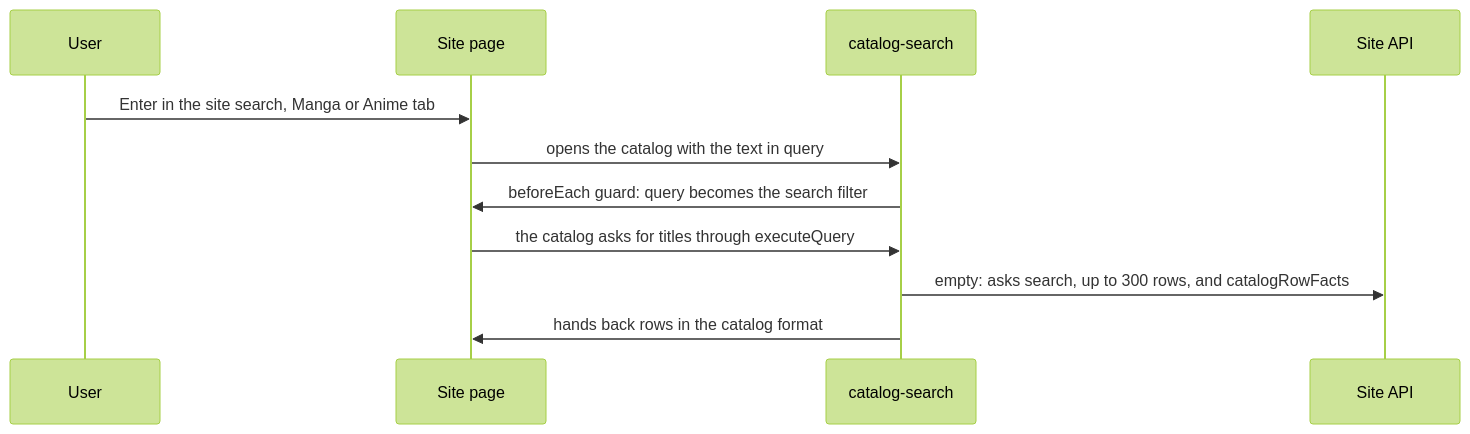
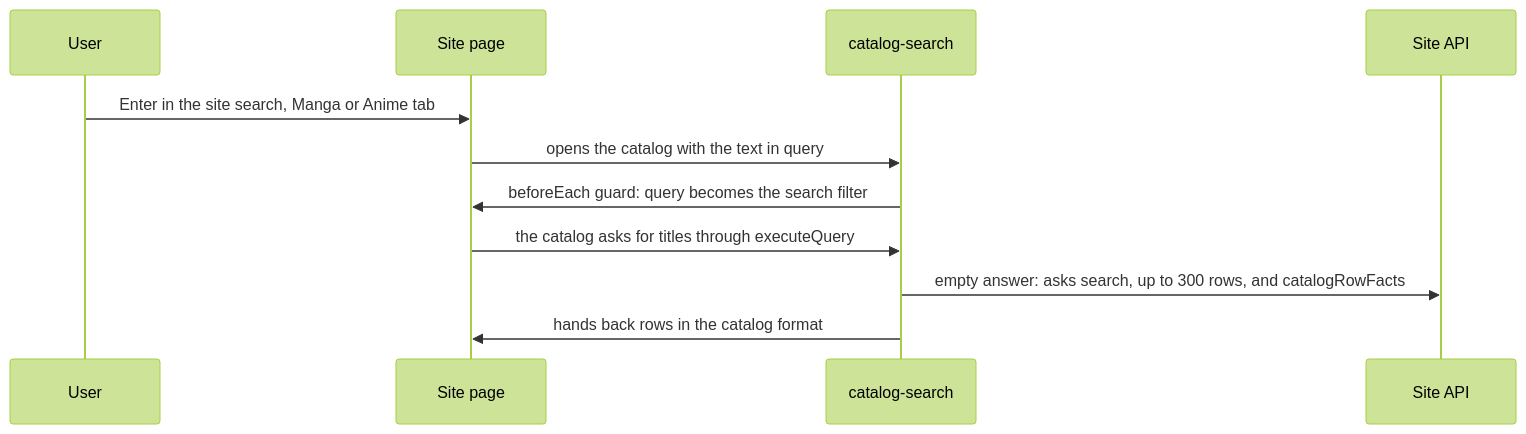
One commit to Antawq/senkuro-tools changed the sixth of 8 diagrams in docs/architecture.md. Above: the diagram before and after it, drawn with Mermaid (forest theme). The commit also changed other lines of this file and 1 other file, not shown here.

Commit message:
chore: tighten the wording of the architecture pages

````diff
--- a/docs/architecture.md
+++ b/docs/architecture.md
@@ -101,13 +101,13 @@
 ```mermaid
 sequenceDiagram
   participant U as User
   participant S as Site page
   participant H as catalog-search
   participant A as Site API
   U->>S: Enter in the site search, Manga or Anime tab
   S->>H: opens the catalog with the text in query
   H->>S: beforeEach guard: query becomes the search filter
   S->>H: the catalog asks for titles through executeQuery
-  H->>A: empty: asks search, up to 300 rows, and catalogRowFacts
+  H->>A: empty answer: asks search, up to 300 rows, and catalogRowFacts
   H->>S: hands back rows in the catalog format
 ```
````
